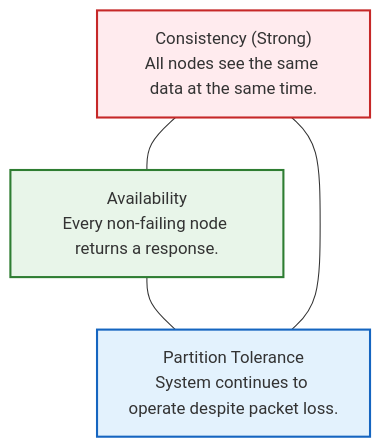
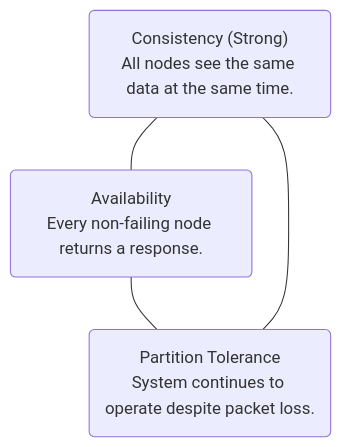
One commit to PKRacha/system-design changed the first of 3 diagrams in basics/02_databases_caching.md. Above: the diagram before and after it, drawn with Mermaid. The commit also changed other lines of this file and 4 other files, not shown here.

Commit message:
docs: standardize all mermaid diagrams with curvy corners and default color styling

````diff
--- a/basics/02_databases_caching.md
+++ b/basics/02_databases_caching.md
@@ -14,16 +14,12 @@
 ```mermaid
 graph TD
     %% Nodes
-    C["Consistency (Strong)<br>All nodes see the same data at the same time."]
-    A["Availability<br>Every non-failing node returns a response."]
-    P["Partition Tolerance<br>System continues to operate despite packet loss."]
+    C("Consistency (Strong)<br>All nodes see the same data at the same time.")
+    A("Availability<br>Every non-failing node returns a response.")
+    P("Partition Tolerance<br>System continues to operate despite packet loss.")
     
     %% Overlaps
     C --- A
     A --- P
     P --- C
-    
-    style C fill:#ffebee,stroke:#c62828,stroke-width:2px;
-    style A fill:#e8f5e9,stroke:#2e7d32,stroke-width:2px;
-    style P fill:#e3f2fd,stroke:#1565c0,stroke-width:2px;
 ```
````
